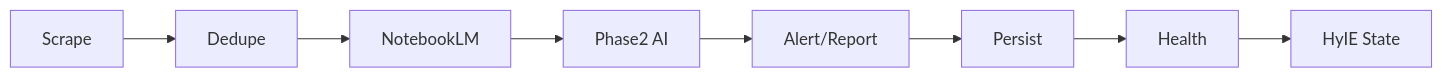
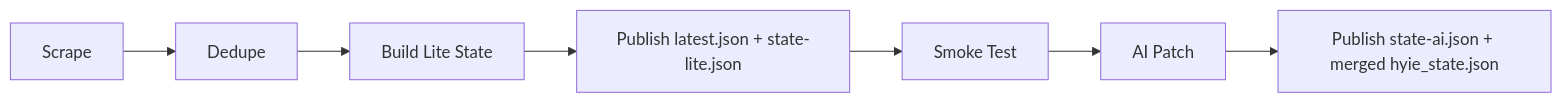
One commit to macho715/escapeplan changed the first of 3 diagrams in docs/system-architecture.md. Above: the diagram before and after it, drawn with Mermaid. The commit also changed other lines of this file and 18 other files, not shown here.

````diff
--- a/docs/system-architecture.md
+++ b/docs/system-architecture.md
@@ -17,10 +18,9 @@
 ```mermaid
 flowchart LR
   Scrape[Scrape] --> Dedupe[Dedupe]
-  Dedupe --> NotebookLM[NotebookLM]
-  NotebookLM --> Phase2[Phase2 AI]
-  Phase2 --> Alert[Alert/Report]
-  Alert --> Persist[Persist]
-  Persist --> Health[Health]
-  Health --> HyIEState[HyIE State]
+  Dedupe --> Lite[Build Lite State]
+  Lite --> PublishLite[Publish latest.json + state-lite.json]
+  PublishLite --> Smoke[Smoke Test]
+  Smoke --> AI[AI Patch]
+  AI --> PublishAI[Publish state-ai.json + merged hyie_state.json]
 ```
````
